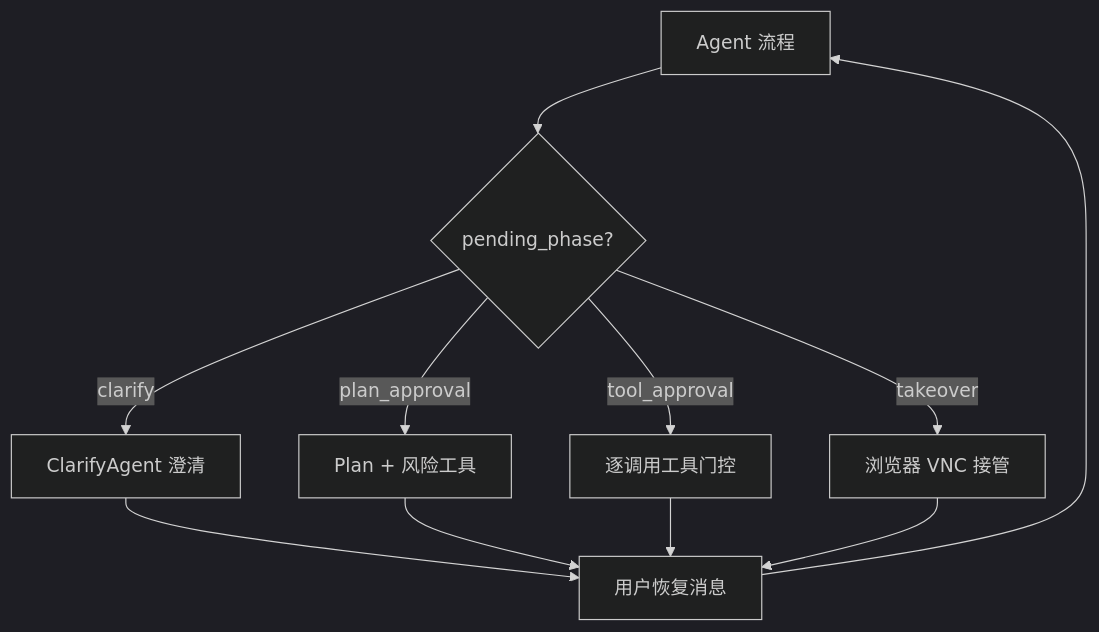
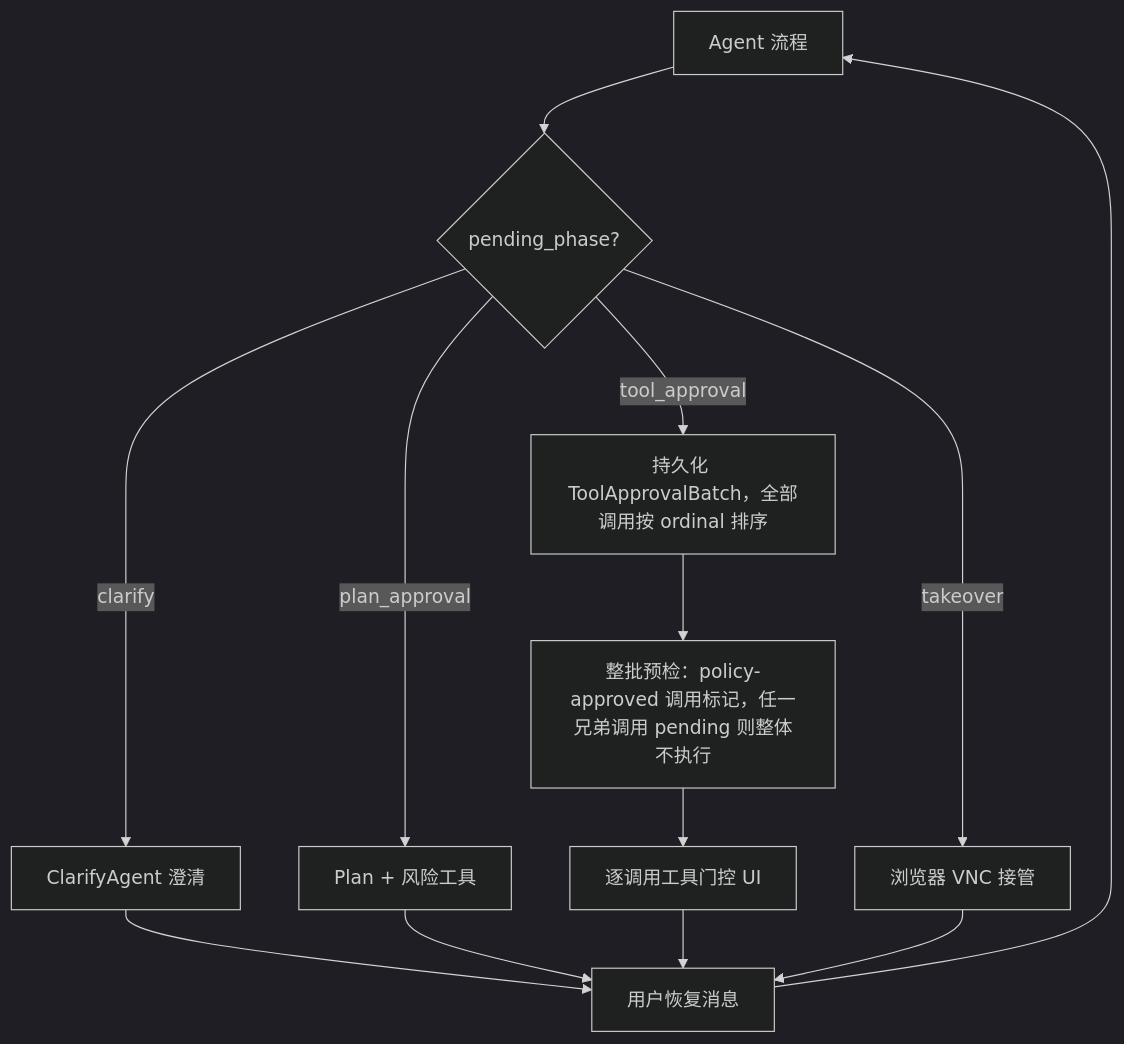
Before and after one commit to OceaLong/opencitadel: the first of 3 diagrams in docs/architecture/checkpoints-and-hitl.zh-CN.md, drawn with Mermaid (dark theme). The commit also changed other lines of this file and 375 other files, not shown here.

````diff
--- a/docs/architecture/checkpoints-and-hitl.zh-CN.md
+++ b/docs/architecture/checkpoints-and-hitl.zh-CN.md
@@ -9,13 +9,15 @@
 ```mermaid
 flowchart TD
   Agent["Agent 流程"] --> Gate{"pending_phase?"}
   Gate -->|clarify| Clarify["ClarifyAgent 澄清"]
   Gate -->|plan_approval| Plan["Plan + 风险工具"]
-  Gate -->|tool_approval| Tool["逐调用工具门控"]
+  Gate -->|tool_approval| Batch["持久化 ToolApprovalBatch，全部调用按 ordinal 排序"]
+  Batch --> Preflight["整批预检：policy-approved 调用标记，任一兄弟调用 pending 则整体不执行"]
+  Preflight --> Tool["逐调用工具门控 UI"]
   Gate -->|takeover| VNC["浏览器 VNC 接管"]
   Clarify --> Resume["用户恢复消息"]
   Plan --> Resume
   Tool --> Resume
   VNC --> Resume
   Resume --> Agent
 ```
````
